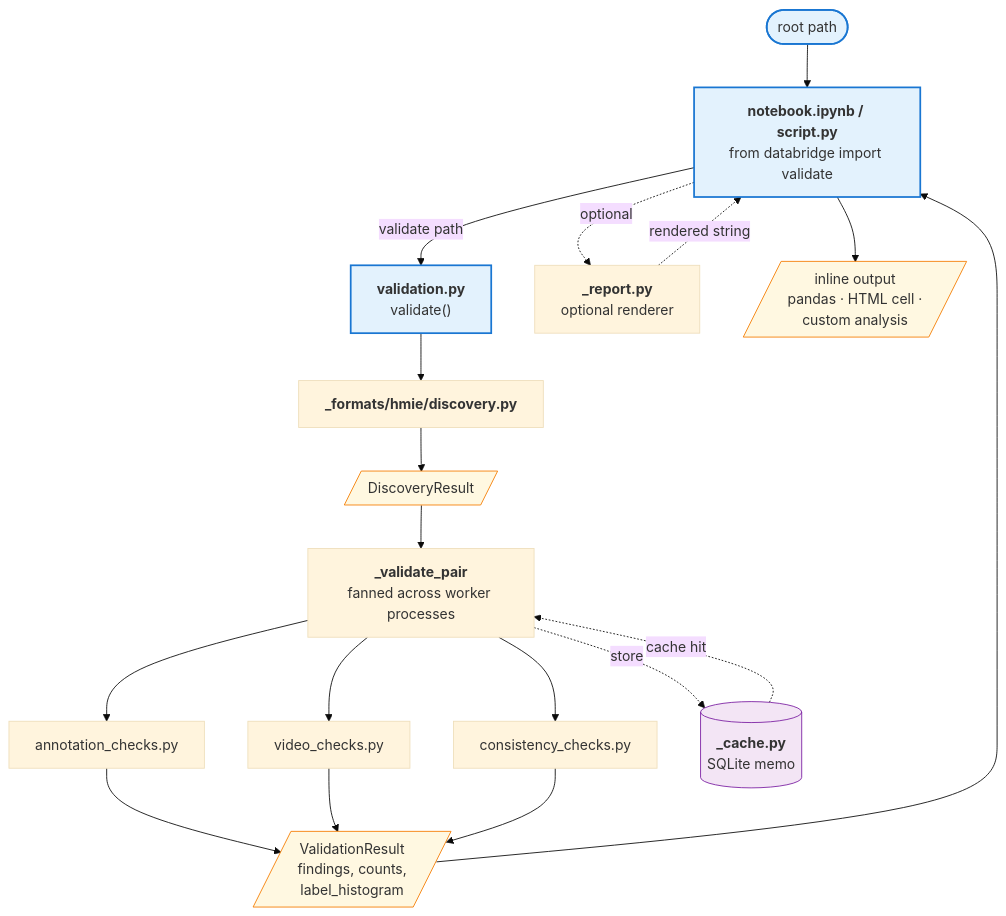
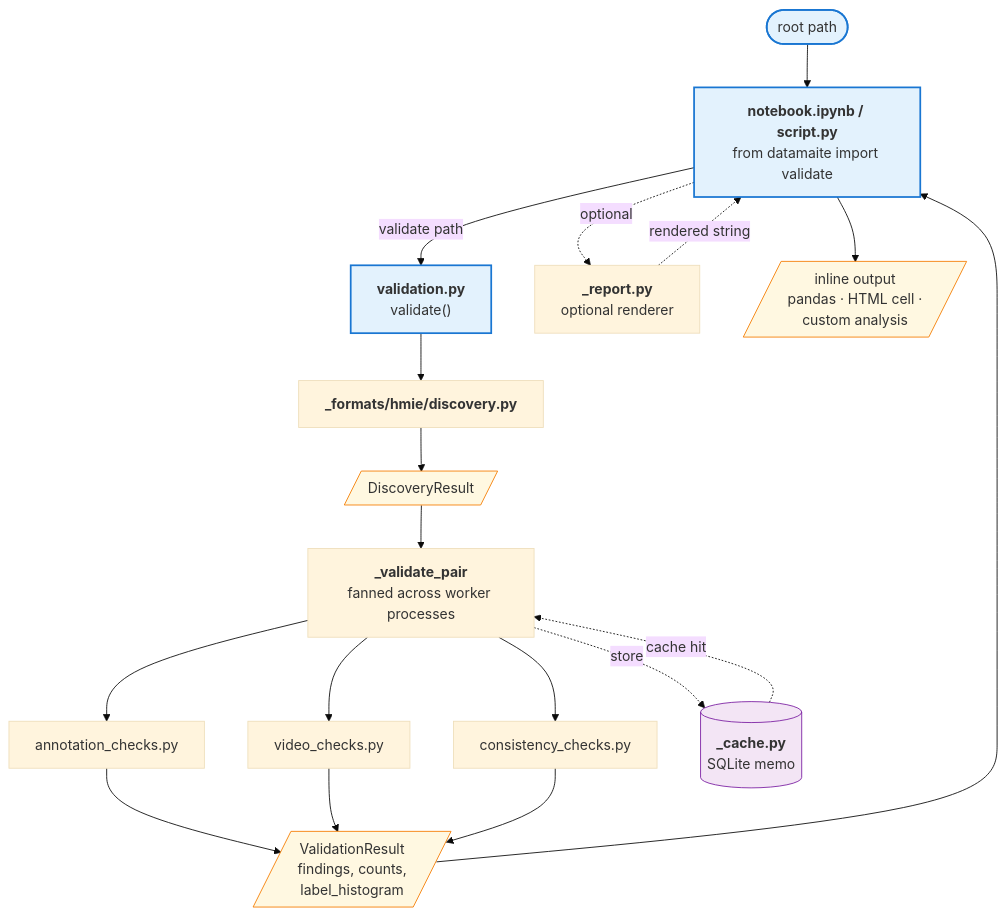
Before and after one commit to openteams-ai/datamaite: the third of 9 diagrams in docs/architecture.md, drawn with Mermaid (base theme). The commit also changed other lines of this file and 135 other files, not shown here.

Commit message:
Rename package from databridge to datamaite

````diff
--- a/docs/architecture.md
+++ b/docs/architecture.md
@@ -258,41 +258,41 @@
 ```mermaid
 flowchart TD
     ROOT([root path])
-    NB["<b>notebook.ipynb / script.py</b><br/>from databridge import validate"]
+    NB["<b>notebook.ipynb / script.py</b><br/>from datamaite import validate"]
     VAL["<b>validation.py</b><br/>validate()"]
     DISC["<b>_formats/hmie/discovery.py</b>"]
     DR[/"DiscoveryResult"/]
     PAIR["<b>_validate_pair</b><br/>fanned across worker processes"]
     ANN["annotation_checks.py"]
     VID["video_checks.py"]
     CONS["consistency_checks.py"]
     CACHE[("<b>_cache.py</b><br/>SQLite memo")]
     RES[/"ValidationResult<br/>findings, counts,<br/>label_histogram"/]
     REP["<b>_report.py</b><br/>optional renderer"]
     OUT[/"inline output<br/>pandas · HTML cell ·<br/>custom analysis"/]
 
     ROOT --> NB
     NB -->|validate path| VAL
     VAL --> DISC
     DISC --> DR
     DR --> PAIR
     PAIR --> ANN
     PAIR --> VID
     PAIR --> CONS
     ANN --> RES
     VID --> RES
     CONS --> RES
     CACHE -.->|cache hit| PAIR
     PAIR -.->|store| CACHE
     RES --> NB
     NB -.->|optional| REP
     REP -.->|rendered string| NB
     NB --> OUT
 
     classDef entry fill:#e3f2fd,stroke:#1976d2,stroke-width:2px;
     classDef data fill:#fff8e1,stroke:#f57c00;
     classDef store fill:#f3e5f5,stroke:#7b1fa2;
     class ROOT,NB,VAL entry;
     class DR,RES,OUT data;
     class CACHE store;
 ```
````
